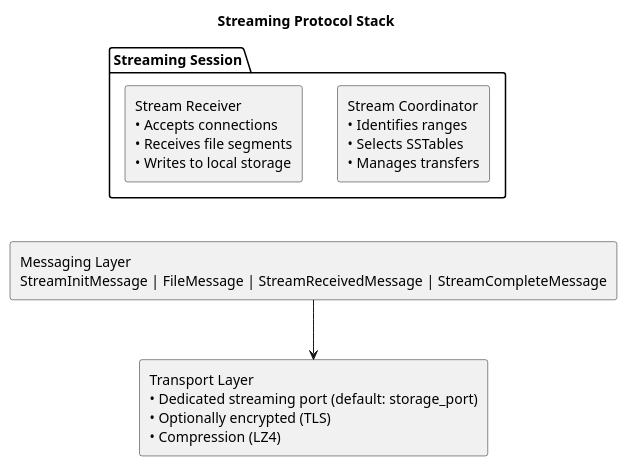
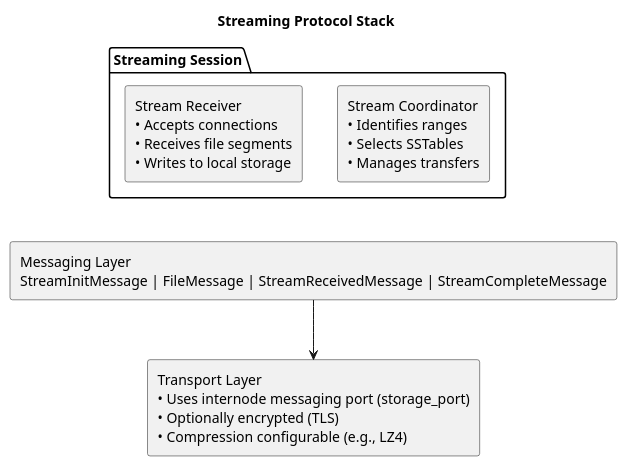
One commit to axonops/documentation changed the second of 16 diagrams in docs/data-platforms/cassandra/architecture/distributed-data/streaming.md. Above: the diagram before and after it, drawn with PlantUML. The commit also changed other lines of this file and 262 other files, not shown here.

````diff
--- a/docs/data-platforms/cassandra/architecture/distributed-data/streaming.md
+++ b/docs/data-platforms/cassandra/architecture/distributed-data/streaming.md
@@ -64,20 +64,20 @@
 ```plantuml
 @startuml
 skinparam backgroundColor transparent
 title Streaming Protocol Stack
 
 package "Streaming Session" {
     rectangle "Stream Coordinator\n• Identifies ranges\n• Selects SSTables\n• Manages transfers" as coord
     rectangle "Stream Receiver\n• Accepts connections\n• Receives file segments\n• Writes to local storage" as recv
 }
 
 rectangle "Messaging Layer\nStreamInitMessage | FileMessage | StreamReceivedMessage | StreamCompleteMessage" as messaging
 
-rectangle "Transport Layer\n• Dedicated streaming port (default: storage_port)\n• Optionally encrypted (TLS)\n• Compression (LZ4)" as transport
+rectangle "Transport Layer\n• Uses internode messaging port (storage_port)\n• Optionally encrypted (TLS)\n• Compression configurable (e.g., LZ4)" as transport
 
 coord -[hidden]down-> messaging
 recv -[hidden]down-> messaging
 messaging --> transport
 
 @enduml
 ```
````
